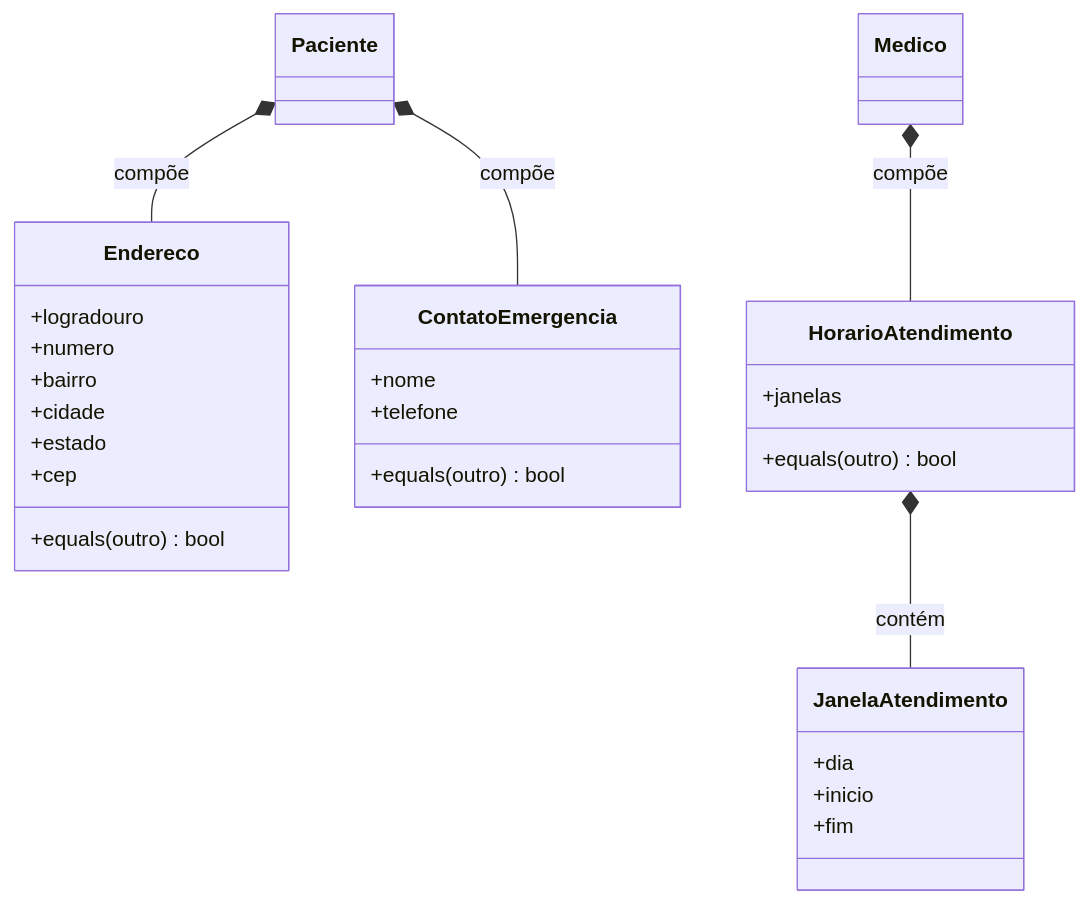
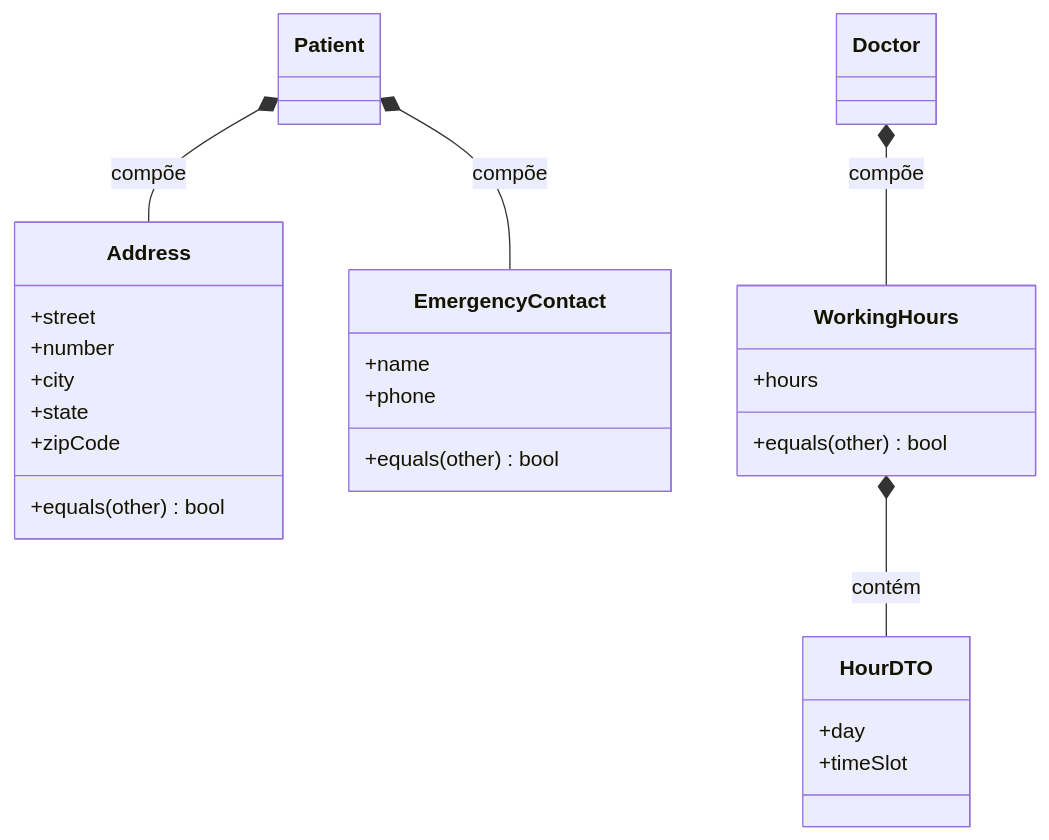
One commit to burn-c/arquitetura-de-software-fase-2 changed the fourth of 4 diagrams in docs/Estratégia e Inovação/Arquitetura de Software/4 - Entidades e Objetos de Valor/5 - Objeto de Valor.md. Above: the diagram before and after it, drawn with Mermaid. The commit also changed other lines of this file and 6 other files, not shown here.

````diff
--- a/docs/Estratégia e Inovação/Arquitetura de Software/4 - Entidades e Objetos de Valor/5 - Objeto de Valor.md
+++ b/docs/Estratégia e Inovação/Arquitetura de Software/4 - Entidades e Objetos de Valor/5 - Objeto de Valor.md
@@ -308,33 +295,31 @@
 ```mermaid
 classDiagram
-    class Endereco {
-        +logradouro
-        +numero
-        +bairro
-        +cidade
-        +estado
-        +cep
-        +equals(outro) bool
+    class Address {
+        +street
+        +number
+        +city
+        +state
+        +zipCode
+        +equals(other) bool
     }
-    class ContatoEmergencia {
-        +nome
-        +telefone
-        +equals(outro) bool
+    class EmergencyContact {
+        +name
+        +phone
+        +equals(other) bool
     }
-    class JanelaAtendimento {
-        +dia
-        +inicio
-        +fim
+    class HourDTO {
+        +day
+        +timeSlot
     }
-    class HorarioAtendimento {
-        +janelas
-        +equals(outro) bool
+    class WorkingHours {
+        +hours
+        +equals(other) bool
     }
-    class Paciente
-    class Medico
+    class Patient
+    class Doctor
 
-    Paciente *-- Endereco : compõe
-    Paciente *-- ContatoEmergencia : compõe
-    Medico *-- HorarioAtendimento : compõe
-    HorarioAtendimento *-- JanelaAtendimento : contém
+    Patient *-- Address : compõe
+    Patient *-- EmergencyContact : compõe
+    Doctor *-- WorkingHours : compõe
+    WorkingHours *-- HourDTO : contém
 ```
````
